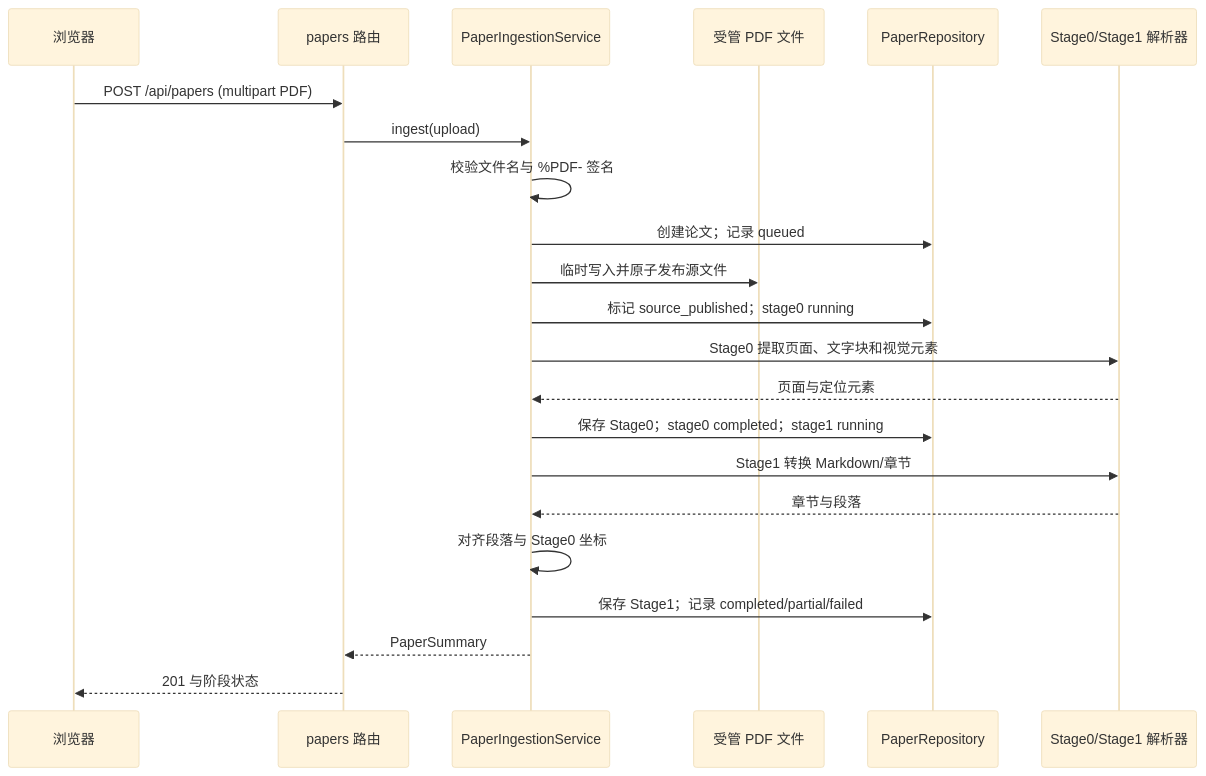
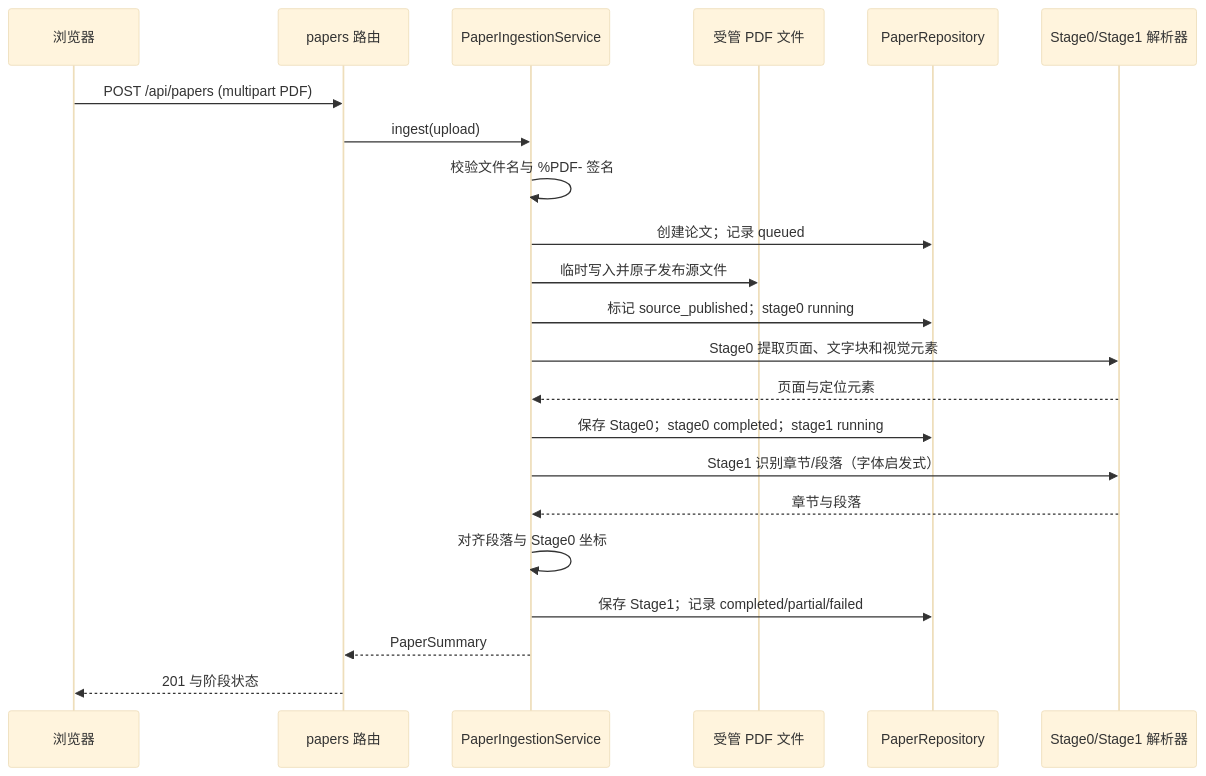
Before and after one commit to vibetony319/paper-agent: the second of 5 diagrams in docs/architecture.md, drawn with Mermaid (base theme). The commit also changed other lines of this file and 74 other files, not shown here.

````diff
--- a/docs/architecture.md
+++ b/docs/architecture.md
@@ -56,24 +56,24 @@
 ```mermaid
 sequenceDiagram
     participant B as 浏览器
     participant P as papers 路由
     participant I as PaperIngestionService
     participant F as 受管 PDF 文件
     participant R as PaperRepository
     participant X as Stage0/Stage1 解析器
     B->>P: POST /api/papers (multipart PDF)
     P->>I: ingest(upload)
     I->>I: 校验文件名与 %PDF- 签名
     I->>R: 创建论文；记录 queued
     I->>F: 临时写入并原子发布源文件
     I->>R: 标记 source_published；stage0 running
     I->>X: Stage0 提取页面、文字块和视觉元素
     X-->>I: 页面与定位元素
     I->>R: 保存 Stage0；stage0 completed；stage1 running
-    I->>X: Stage1 转换 Markdown/章节
+    I->>X: Stage1 识别章节/段落（字体启发式）
     X-->>I: 章节与段落
     I->>I: 对齐段落与 Stage0 坐标
     I->>R: 保存 Stage1；记录 completed/partial/failed
     I-->>P: PaperSummary
     P-->>B: 201 与阶段状态
 ```
````
